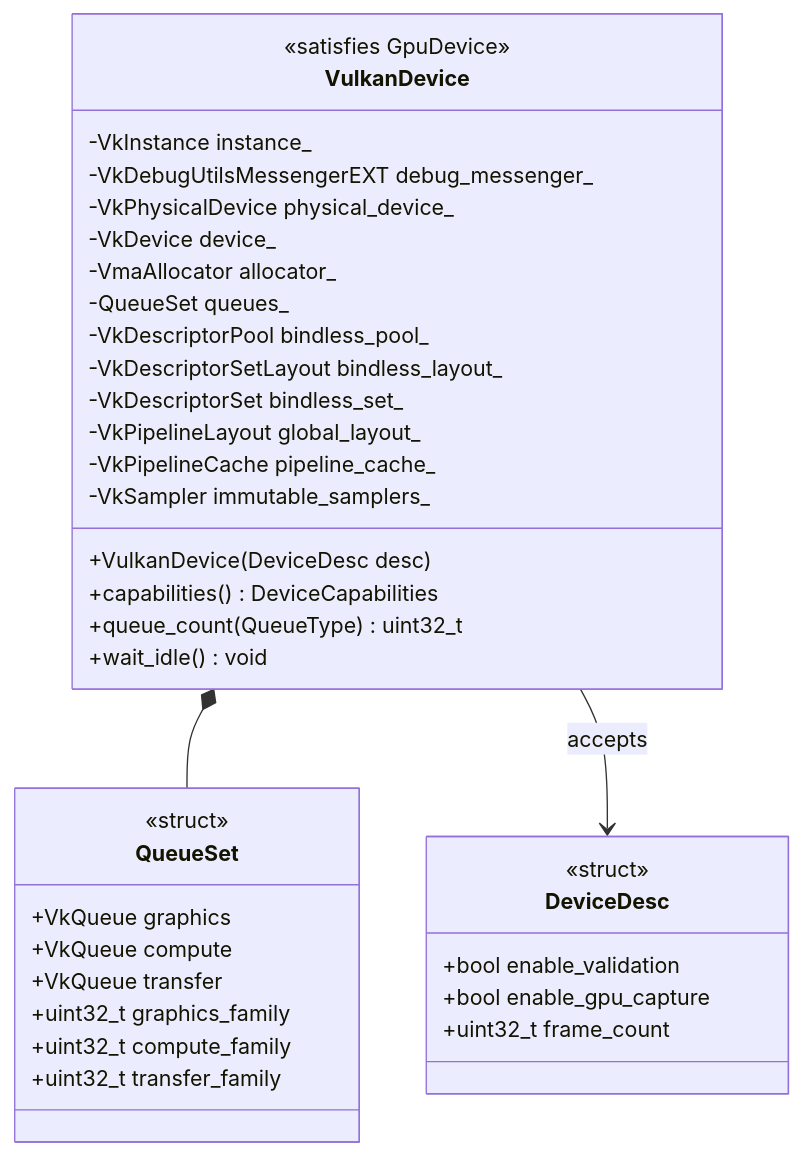
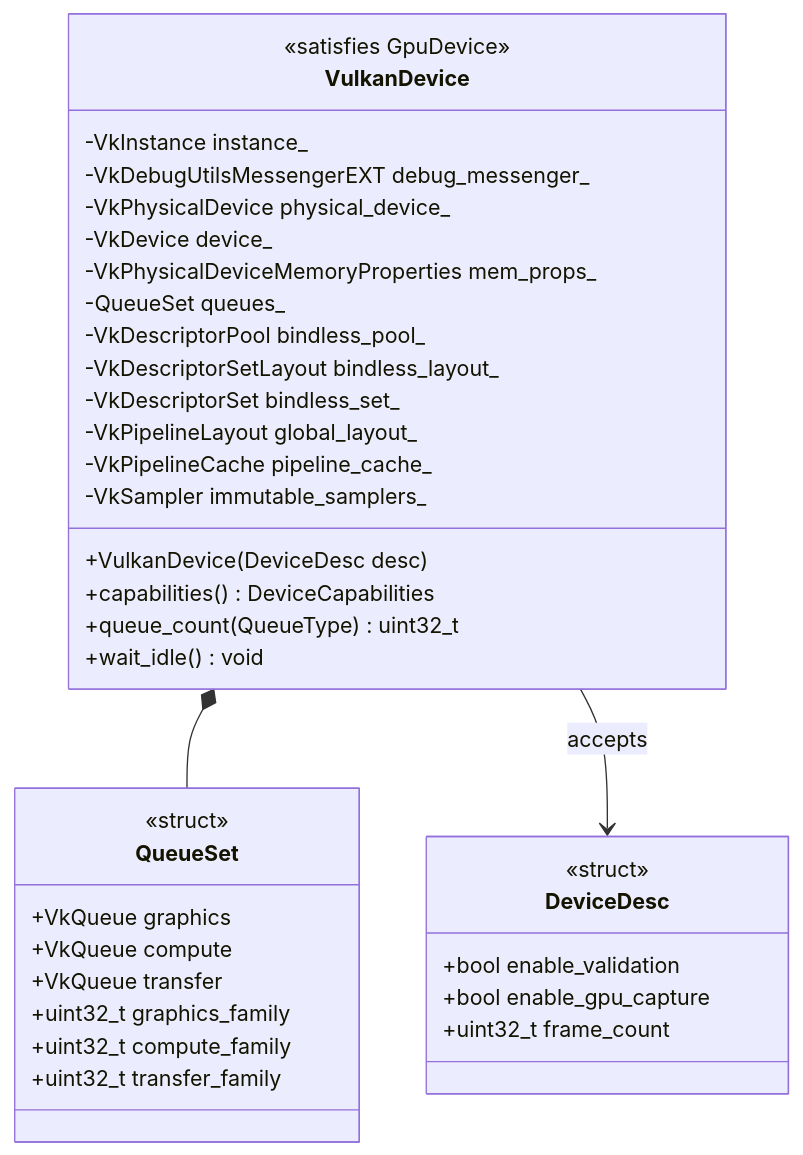
Before and after one commit to harmonius-dev/harmonius: the second of 34 diagrams in docs/design/gpu-backend-vulkan-classes.md, drawn with Mermaid. The commit also changed other lines of this file and 28 other files, not shown here.

````diff
--- a/docs/design/gpu-backend-vulkan-classes.md
+++ b/docs/design/gpu-backend-vulkan-classes.md
@@ -114,40 +114,40 @@
 ```mermaid
 classDiagram
     class VulkanDevice {
         <<satisfies GpuDevice>>
         -VkInstance instance_
         -VkDebugUtilsMessengerEXT debug_messenger_
         -VkPhysicalDevice physical_device_
         -VkDevice device_
-        -VmaAllocator allocator_
+        -VkPhysicalDeviceMemoryProperties mem_props_
         -QueueSet queues_
         -VkDescriptorPool bindless_pool_
         -VkDescriptorSetLayout bindless_layout_
         -VkDescriptorSet bindless_set_
         -VkPipelineLayout global_layout_
         -VkPipelineCache pipeline_cache_
         -VkSampler immutable_samplers_
         +VulkanDevice(DeviceDesc desc)
         +capabilities() DeviceCapabilities
         +queue_count(QueueType) uint32_t
         +wait_idle() void
     }
     class QueueSet {
         <<struct>>
         +VkQueue graphics
         +VkQueue compute
         +VkQueue transfer
         +uint32_t graphics_family
         +uint32_t compute_family
         +uint32_t transfer_family
     }
     class DeviceDesc {
         <<struct>>
         +bool enable_validation
         +bool enable_gpu_capture
         +uint32_t frame_count
     }
 
     VulkanDevice *-- QueueSet
     VulkanDevice --> DeviceDesc : accepts
 ```
````
